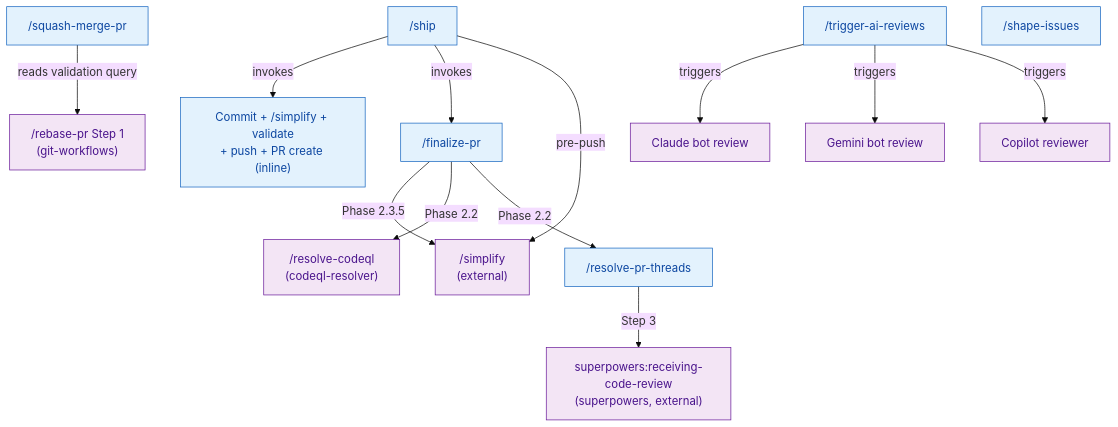
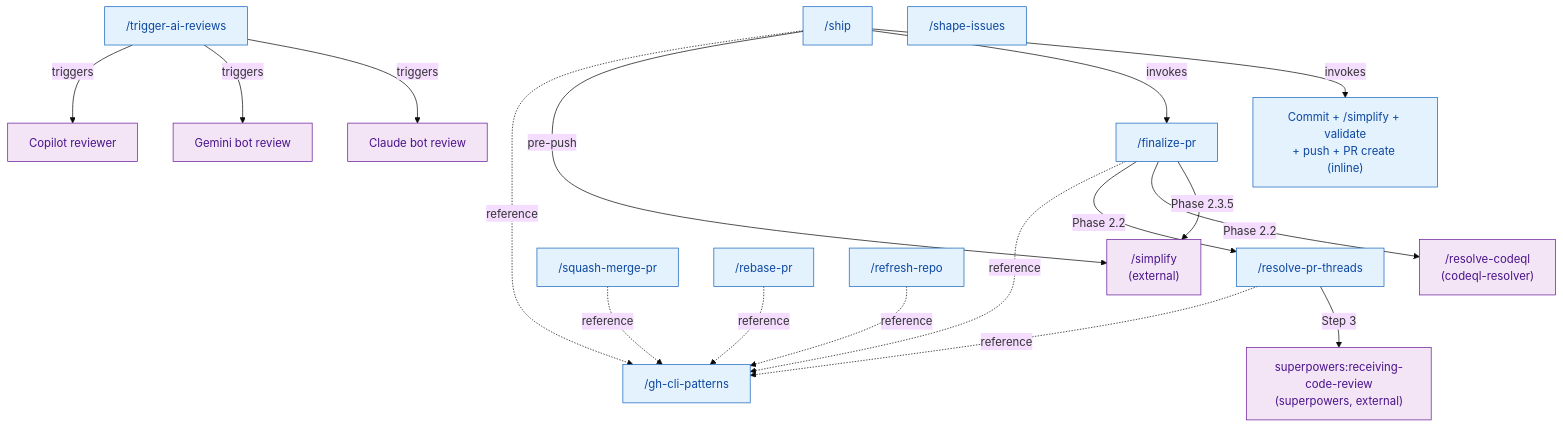
One commit to JacobPEvans/claude-code-plugins changed the second of 3 diagrams in github-workflows/ARCHITECTURE.md. Above: the diagram before and after it, drawn with Mermaid (base theme). The commit also changed other lines of this file and 20 other files, not shown here.

First line of the commit message:
feat: consolidate gh-CLI patterns and relocate PR skills (#258)

````diff
--- a/github-workflows/ARCHITECTURE.md
+++ b/github-workflows/ARCHITECTURE.md
@@ -29,37 +32,44 @@
 ```mermaid
 flowchart TD
     SHIP["/ship"]:::ai
     FPR["/finalize-pr"]:::ai
     RPT["/resolve-pr-threads"]:::ai
     SMP["/squash-merge-pr"]:::ai
+    RBP["/rebase-pr"]:::ai
+    RFR["/refresh-repo"]:::ai
+    GCP["/gh-cli-patterns"]:::ai
     TAR["/trigger-ai-reviews"]:::ai
     SI["/shape-issues"]:::ai
 
     CPR["Commit + /simplify + validate\n+ push + PR create (inline)"]:::ai
     RCQ["/resolve-codeql\n(codeql-resolver)"]:::external
     SIMP["/simplify\n(external)"]:::external
-    RBP["/rebase-pr Step 1\n(git-workflows)"]:::external
     RCR["superpowers:receiving-code-review\n(superpowers, external)"]:::external
     CLAUDE["Claude bot review"]:::external
     GEMINI["Gemini bot review"]:::external
     COPILOT["Copilot reviewer"]:::external
 
     SHIP -->|"invokes"| CPR
     SHIP -->|"invokes"| FPR
 
     SHIP -->|"pre-push"| SIMP
     FPR -->|"Phase 2.3.5"| SIMP
     FPR -->|"Phase 2.2"| RCQ
     FPR -->|"Phase 2.2"| RPT
 
     RPT -->|"Step 3"| RCR
 
-    SMP -->|"reads validation query"| RBP
+    FPR -.->|"reference"| GCP
+    SHIP -.->|"reference"| GCP
+    SMP -.->|"reference"| GCP
+    RBP -.->|"reference"| GCP
+    RFR -.->|"reference"| GCP
+    RPT -.->|"reference"| GCP
 
     TAR -->|"triggers"| CLAUDE
     TAR -->|"triggers"| GEMINI
     TAR -->|"triggers"| COPILOT
 
     classDef ai fill:#e3f2fd,stroke:#1565c0,color:#0d47a1
     classDef external fill:#f3e5f5,stroke:#6a1b9a,color:#4a148c
 ```
````
